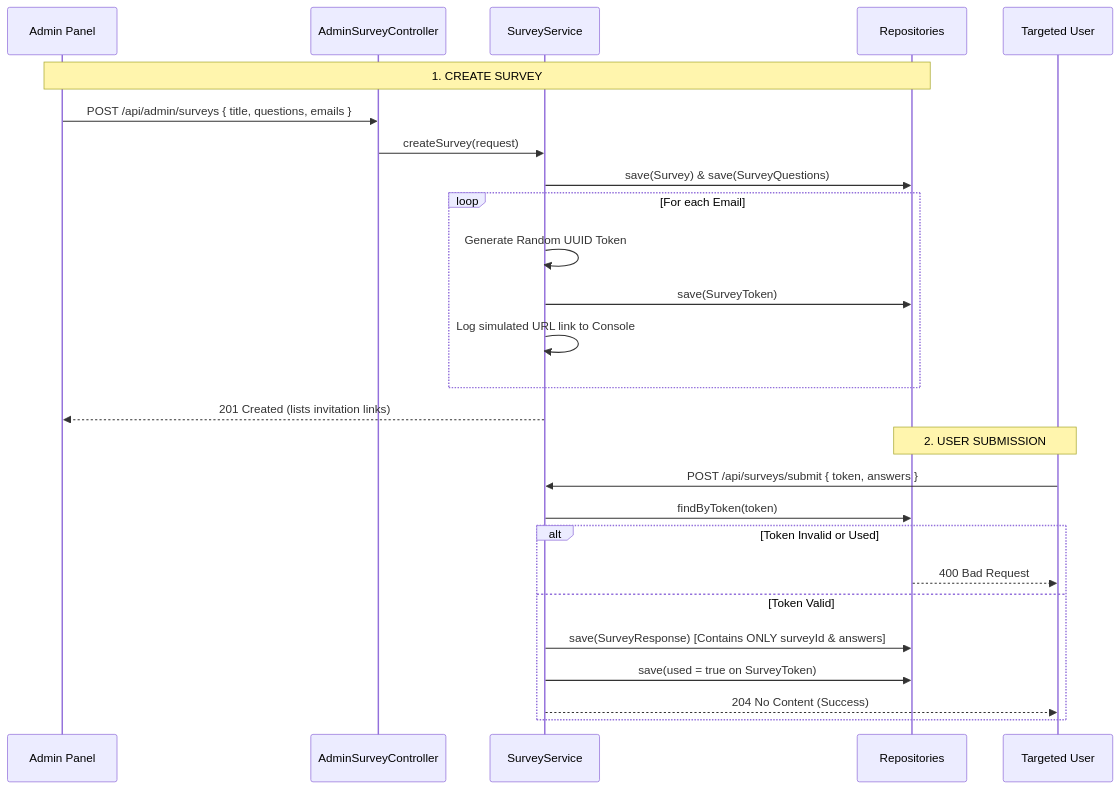
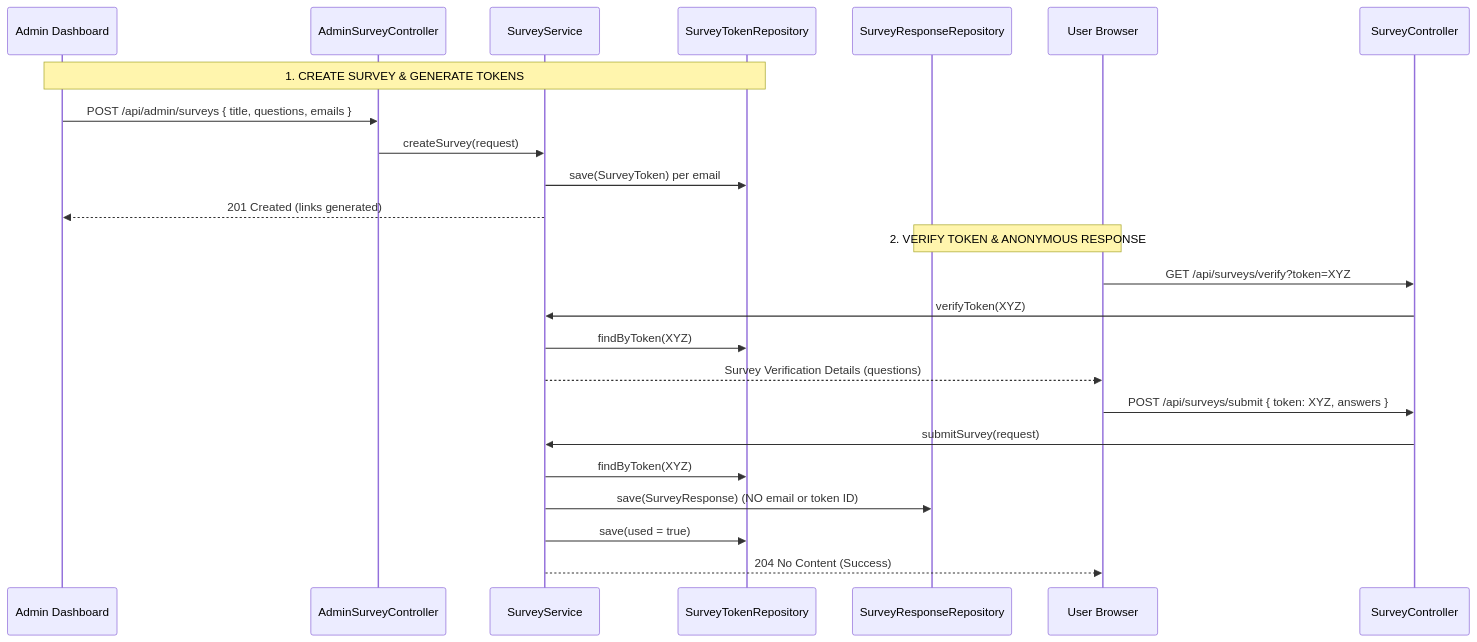
The third of 3 diagrams in docs/backend_explanation.md (kollisaicharanreddy/VoiceOut), drawn with Mermaid before and after one commit. The commit also changed other lines of this file and 12 other files, not shown here.

````diff
--- a/docs/backend_explanation.md
+++ b/docs/backend_explanation.md
@@ -200,30 +401,29 @@
 ```mermaid
 sequenceDiagram
-    participant Admin as Admin Panel
-    participant Ctrl as AdminSurveyController
+    participant Admin as Admin Dashboard
+    participant AdminCtrl as AdminSurveyController
     participant Svc as SurveyService
-    participant Repo as Repositories
-    participant User as Targeted User
+    participant TokenRepo as SurveyTokenRepository
+    participant RespRepo as SurveyResponseRepository
+    participant User as User Browser
+    participant PublicCtrl as SurveyController
 
-    Note over Admin, Repo: 1. CREATE SURVEY
-    Admin ->> Ctrl: POST /api/admin/surveys { title, questions, emails }
-    Ctrl ->> Svc: createSurvey(request)
-    Svc ->> Repo: save(Survey) & save(SurveyQuestions)
-    loop For each Email
-        Svc ->> Svc: Generate Random UUID Token
-        Svc ->> Repo: save(SurveyToken)
-        Svc ->> Svc: Log simulated URL link to Console
-    end
-    Svc -->> Admin: 201 Created (lists invitation links)
+    Note over Admin, TokenRepo: 1. CREATE SURVEY & GENERATE TOKENS
+    Admin ->> AdminCtrl: POST /api/admin/surveys { title, questions, emails }
+    AdminCtrl ->> Svc: createSurvey(request)
+    Svc ->> TokenRepo: save(SurveyToken) per email
+    Svc -->> Admin: 201 Created (links generated)
 
-    Note over User, Repo: 2. USER SUBMISSION
-    User ->> Svc: POST /api/surveys/submit { token, answers }
-    Svc ->> Repo: findByToken(token)
-    alt Token Invalid or Used
-        Repo -->> User: 400 Bad Request
-    else Token Valid
-        Svc ->> Repo: save(SurveyResponse) [Contains ONLY surveyId & answers]
-        Svc ->> Repo: save(used = true on SurveyToken)
-        Svc -->> User: 204 No Content (Success)
-    end
+    Note over User, RespRepo: 2. VERIFY TOKEN & ANONYMOUS RESPONSE
+    User ->> PublicCtrl: GET /api/surveys/verify?token=XYZ
+    PublicCtrl ->> Svc: verifyToken(XYZ)
+    Svc ->> TokenRepo: findByToken(XYZ)
+    Svc -->> User: Survey Verification Details (questions)
+    
+    User ->> PublicCtrl: POST /api/surveys/submit { token: XYZ, answers }
+    PublicCtrl ->> Svc: submitSurvey(request)
+    Svc ->> TokenRepo: findByToken(XYZ)
+    Svc ->> RespRepo: save(SurveyResponse) (NO email or token ID)
+    Svc ->> TokenRepo: save(used = true)
+    Svc -->> User: 204 No Content (Success)
 ```
````
